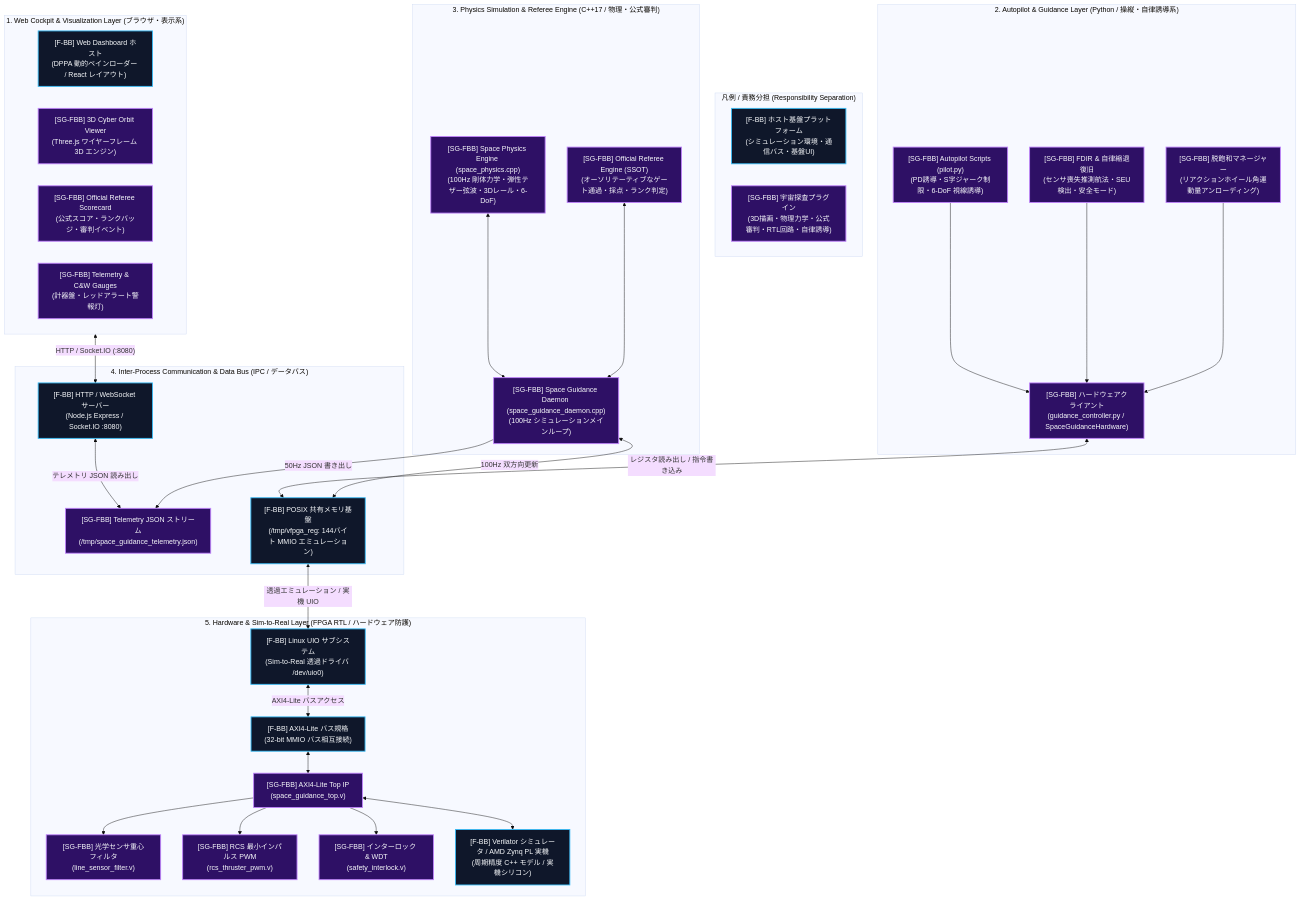
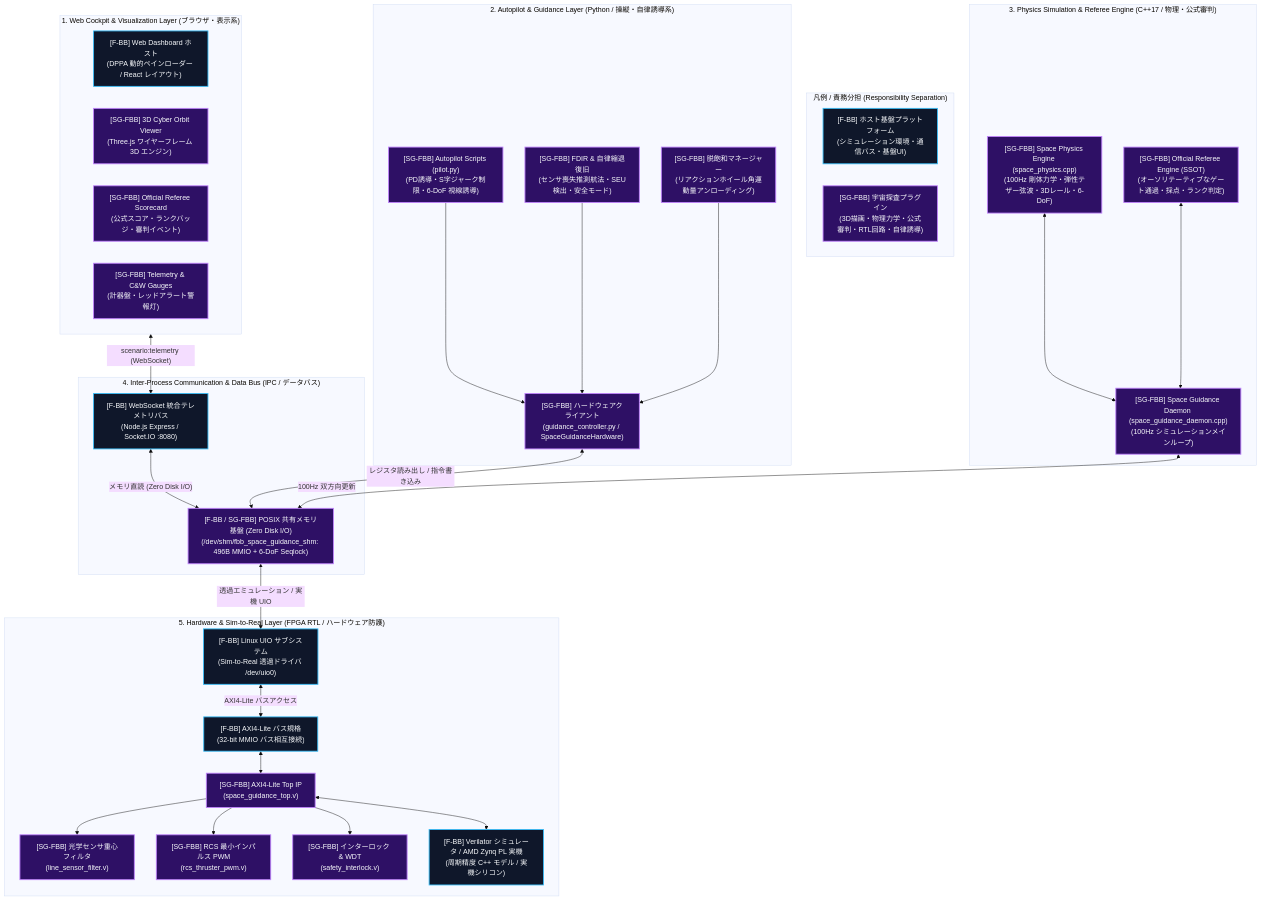
The second of 2 diagrams in README.md (sirosiro/SpaceGuidance-FBB), drawn with Mermaid (base theme) before and after one commit. The commit also changed 22 other files, not shown here.

First line of the commit message:
feat(telemetry): zero disk I/O with 496B shared memory struct

````diff
--- a/README.md
+++ b/README.md
@@ -42,72 +42,70 @@
 ```mermaid
 flowchart TB
     %% 凡例 (Legend)
     subgraph LEGEND["凡例 / 責務分担 (Responsibility Separation)"]
         direction LR
         LEG_FBB["[F-BB] ホスト基盤プラットフォーム<br/>(シミュレーション環境・通信バス・基盤UI)"]:::fbb
         LEG_SG["[SG-FBB] 宇宙探査プラグイン<br/>(3D描画・物理力学・公式審判・RTL回路・自律誘導)"]:::sg
     end
 
     subgraph UI["1. Web Cockpit & Visualization Layer (ブラウザ・表示系)"]
         DASH["[F-BB] Web Dashboard ホスト<br/>(DPPA 動的ペインローダー / React レイアウト)"]:::fbb
         ORBIT["[SG-FBB] 3D Cyber Orbit Viewer<br/>(Three.js ワイヤーフレーム 3D エンジン)"]:::sg
         FDIR_UI["[SG-FBB] Official Referee Scorecard<br/>(公式スコア・ランクバッジ・審判イベント)"]:::sg
         TLM_UI["[SG-FBB] Telemetry & C&W Gauges<br/>(計器盤・レッドアラート警報灯)"]:::sg
     end
 
     subgraph SW["2. Autopilot & Guidance Layer (Python / 操縦・自律誘導系)"]
         PILOT["[SG-FBB] Autopilot Scripts (pilot.py)<br/>(PD誘導・S字ジャーク制限・6-DoF 視線誘導)"]:::sg
         FDIR_SW["[SG-FBB] FDIR & 自律縮退復旧<br/>(センサ喪失推測航法・SEU検出・安全モード)"]:::sg
         DESAT["[SG-FBB] 脱飽和マネージャー<br/>(リアクションホイール角運動量アンローディング)"]:::sg
         ROS2["[SG-FBB] ハードウェアクライアント<br/>(guidance_controller.py / SpaceGuidanceHardware)"]:::sg
     end
 
     subgraph SIM["3. Physics Simulation & Referee Engine (C++17 / 物理・公式審判)"]
         PHYS["[SG-FBB] Space Physics Engine (space_physics.cpp)<br/>(100Hz 剛体力学・弾性テザー弦波・3Dレール・6-DoF)"]:::sg
         REF["[SG-FBB] Official Referee Engine (SSOT)<br/>(オーソリテーティブなゲート通過・採点・ランク判定)"]:::sg
         DAEMON["[SG-FBB] Space Guidance Daemon (space_guidance_daemon.cpp)<br/>(100Hz シミュレーションメインループ)"]:::sg
     end
 
     subgraph IPC["4. Inter-Process Communication & Data Bus (IPC / データバス)"]
-        HTTP_WS["[F-BB] HTTP / WebSocket サーバー<br/>(Node.js Express / Socket.IO :8080)"]:::fbb
-        JSON_TLM["[SG-FBB] Telemetry JSON ストリーム<br/>(/tmp/space_guidance_telemetry.json)"]:::sg
-        SHM["[F-BB] POSIX 共有メモリ基盤<br/>(/tmp/vfpga_reg: 144バイト MMIO エミュレーション)"]:::fbb
+        HTTP_WS["[F-BB] WebSocket 統合テレメトリバス<br/>(Node.js Express / Socket.IO :8080)"]:::fbb
+        SHM["[F-BB / SG-FBB] POSIX 共有メモリ基盤 (Zero Disk I/O)<br/>(/dev/shm/fbb_space_guidance_shm: 496B MMIO + 6-DoF Seqlock)"]:::sg
     end
 
     subgraph HW["5. Hardware & Sim-to-Real Layer (FPGA RTL / ハードウェア防護)"]
         UIO["[F-BB] Linux UIO サブシステム<br/>(Sim-to-Real 透過ドライバ /dev/uio0)"]:::fbb
         AXI["[F-BB] AXI4-Lite バス規格<br/>(32-bit MMIO バス相互接続)"]:::fbb
         TOP["[SG-FBB] AXI4-Lite Top IP<br/>(space_guidance_top.v)"]:::sg
         FILTER["[SG-FBB] 光学センサ重心フィルタ<br/>(line_sensor_filter.v)"]:::sg
         PWM["[SG-FBB] RCS 最小インパルス PWM<br/>(rcs_thruster_pwm.v)"]:::sg
         SAFETY["[SG-FBB] インターロック & WDT<br/>(safety_interlock.v)"]:::sg
         SIM_HDL["[F-BB] Verilator シミュレータ / AMD Zynq PL 実機<br/>(周期精度 C++ モデル / 実機シリコン)"]:::fbb
     end
 
     %% Connections
-    UI <-->|"HTTP / Socket.IO (:8080)"| HTTP_WS
-    HTTP_WS <-->|"テレメトリ JSON 読み出し"| JSON_TLM
-    DAEMON -->|"50Hz JSON 書き出し"| JSON_TLM
+    UI <-->|"scenario:telemetry (WebSocket)"| HTTP_WS
+    HTTP_WS <-->|"メモリ直読 (Zero Disk I/O)"| SHM
 
     PILOT --> ROS2
     FDIR_SW --> ROS2
     DESAT --> ROS2
 
     ROS2 <-->|"レジスタ読み出し / 指令書き込み"| SHM
     DAEMON <-->|"100Hz 双方向更新"| SHM
 
     PHYS <--> DAEMON
     REF <--> DAEMON
 
     SHM <-->|"透過エミュレーション / 実機 UIO"| UIO
     UIO <-->|"AXI4-Lite バスアクセス"| AXI
     AXI <--> TOP
     TOP --> FILTER
     TOP --> PWM
     TOP --> SAFETY
     TOP <--> SIM_HDL
 
     %% スタイル定義 (Style Definitions)
     classDef fbb fill:#0f172a,stroke:#38bdf8,stroke-width:2px,color:#f8fafc;
     classDef sg fill:#2e1065,stroke:#c084fc,stroke-width:2px,color:#f8fafc;
 ```
````
